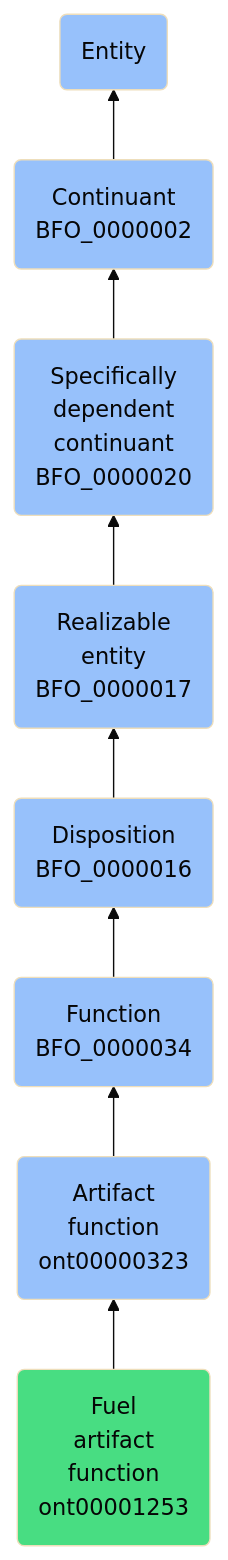
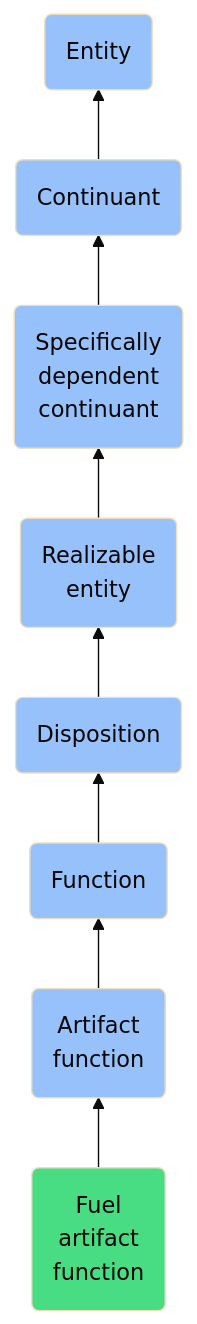
The diagram in docs/ontology/reference/model/Entity/Continuant/Specifically dependent continuant/Realizable entity/Disposition/Function/Artifact function/Fuel artifact function/Fuel artifact function.md (jupyter-naas/abi), drawn with Mermaid (base theme) before and after one commit. The commit also changed other lines of this file and 1430 other files, not shown here.

````diff
--- a/docs/ontology/reference/model/Entity/Continuant/Specifically dependent continuant/Realizable entity/Disposition/Function/Artifact function/Fuel artifact function/Fuel artifact function.md
+++ b/docs/ontology/reference/model/Entity/Continuant/Specifically dependent continuant/Realizable entity/Disposition/Function/Artifact function/Fuel artifact function/Fuel artifact function.md
@@ -24,15 +24,15 @@
 ```mermaid
 graph BT
-    ont00001253(Fuel<br>artifact<br>function<br>ont00001253):::ABI-->ont00000323
-    ont00000323(Artifact<br>function<br>ont00000323):::BFO-->BFO_0000034
-    BFO_0000034(Function<br>BFO_0000034):::BFO-->BFO_0000016
-    BFO_0000016(Disposition<br>BFO_0000016):::BFO-->BFO_0000017
-    BFO_0000017(Realizable<br>entity<br>BFO_0000017):::BFO-->BFO_0000020
-    BFO_0000020(Specifically<br>dependent<br>continuant<br>BFO_0000020):::BFO-->BFO_0000002
-    BFO_0000002(Continuant<br>BFO_0000002):::BFO-->BFO_0000001
+    ont00001253(Fuel<br>artifact<br>function):::ABI-->ont00000323
+    ont00000323(Artifact<br>function):::BFO-->BFO_0000034
+    BFO_0000034(Function):::BFO-->BFO_0000016
+    BFO_0000016(Disposition):::BFO-->BFO_0000017
+    BFO_0000017(Realizable<br>entity):::BFO-->BFO_0000020
+    BFO_0000020(Specifically<br>dependent<br>continuant):::BFO-->BFO_0000002
+    BFO_0000002(Continuant):::BFO-->BFO_0000001
     BFO_0000001(Entity):::BFO
     
     classDef BFO fill:#97c1fb,color:#060606
     classDef CCO fill:#e4c51e,color:#060606
     classDef ABI fill:#48DD82,color:#060606
 ```
````
